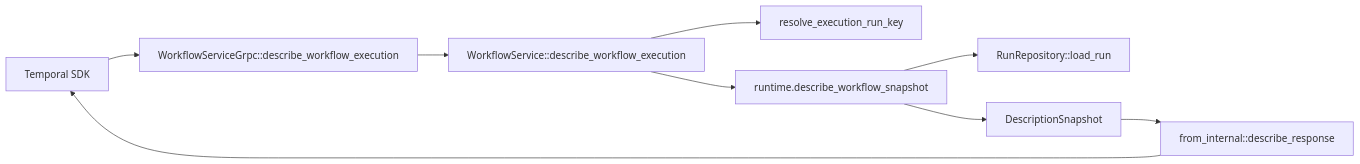
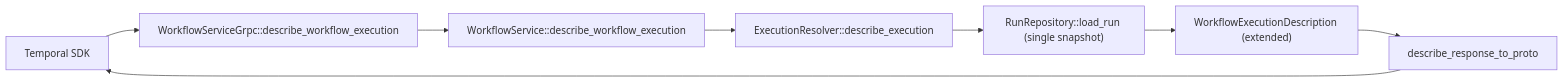
Before and after one commit to tokeira/tokeira: the diagram in .kiro/specs/api-conformance-workflow-describe/design.md, drawn with Mermaid. The commit also changed other lines of this file and 8 other files, not shown here.

````diff
--- a/.kiro/specs/api-conformance-workflow-describe/design.md
+++ b/.kiro/specs/api-conformance-workflow-describe/design.md
@@ -17,11 +11,10 @@
 ```mermaid
 flowchart LR
     Client["Temporal SDK"] --> Grpc["WorkflowServiceGrpc::describe_workflow_execution"]
     Grpc --> Edge["WorkflowService::describe_workflow_execution"]
-    Edge --> Resolver["resolve_execution_run_key"]
-    Edge --> Runtime["runtime.describe_workflow_snapshot"]
-    Runtime --> Store["RunRepository::load_run"]
-    Runtime --> Dto["DescriptionSnapshot"]
-    Dto --> Translate["from_internal::describe_response"]
+    Edge --> Resolver["ExecutionResolver::describe_execution"]
+    Resolver --> Store["RunRepository::load_run (single snapshot)"]
+    Store --> Dto["WorkflowExecutionDescription (extended)"]
+    Dto --> Translate["describe_response_to_proto"]
     Translate --> Client
 ```
````
